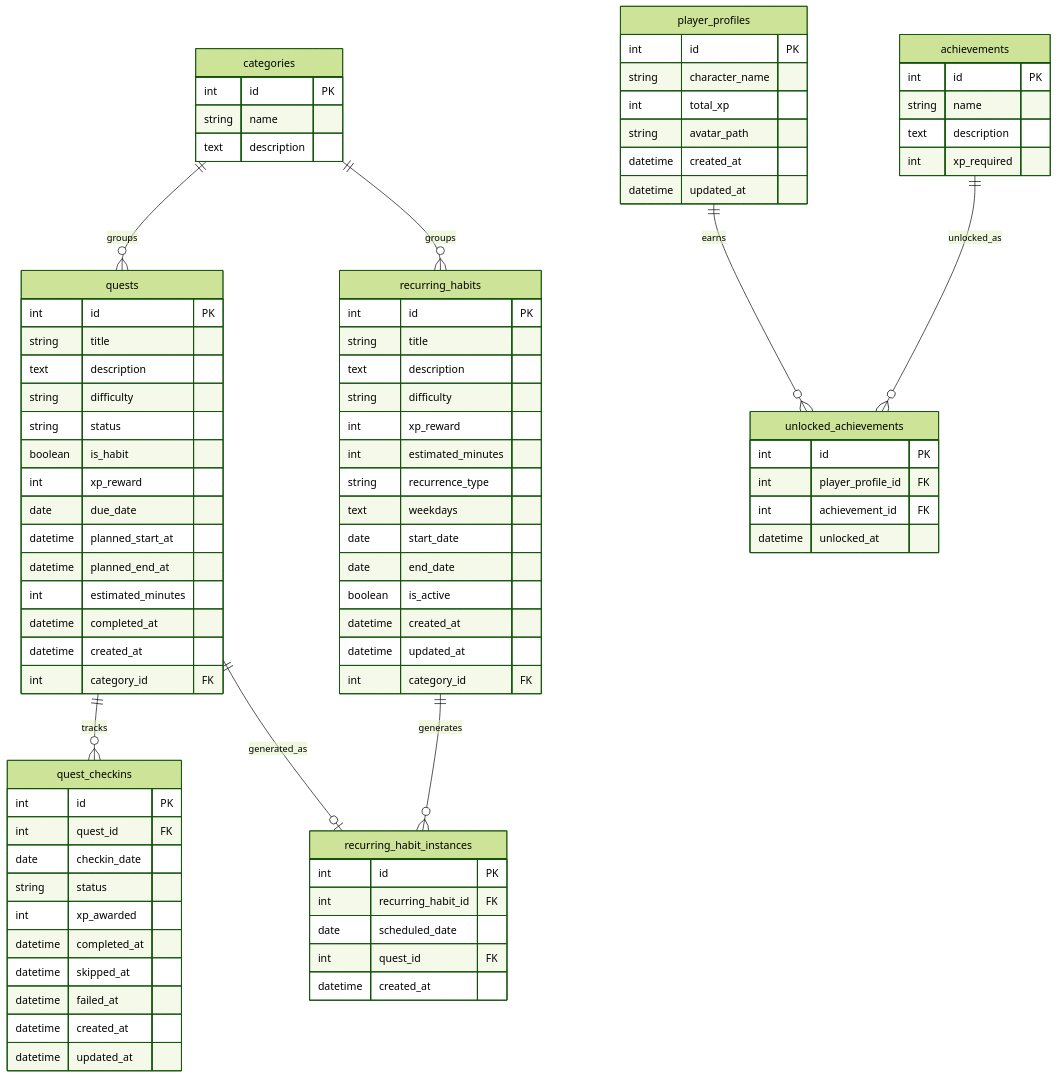
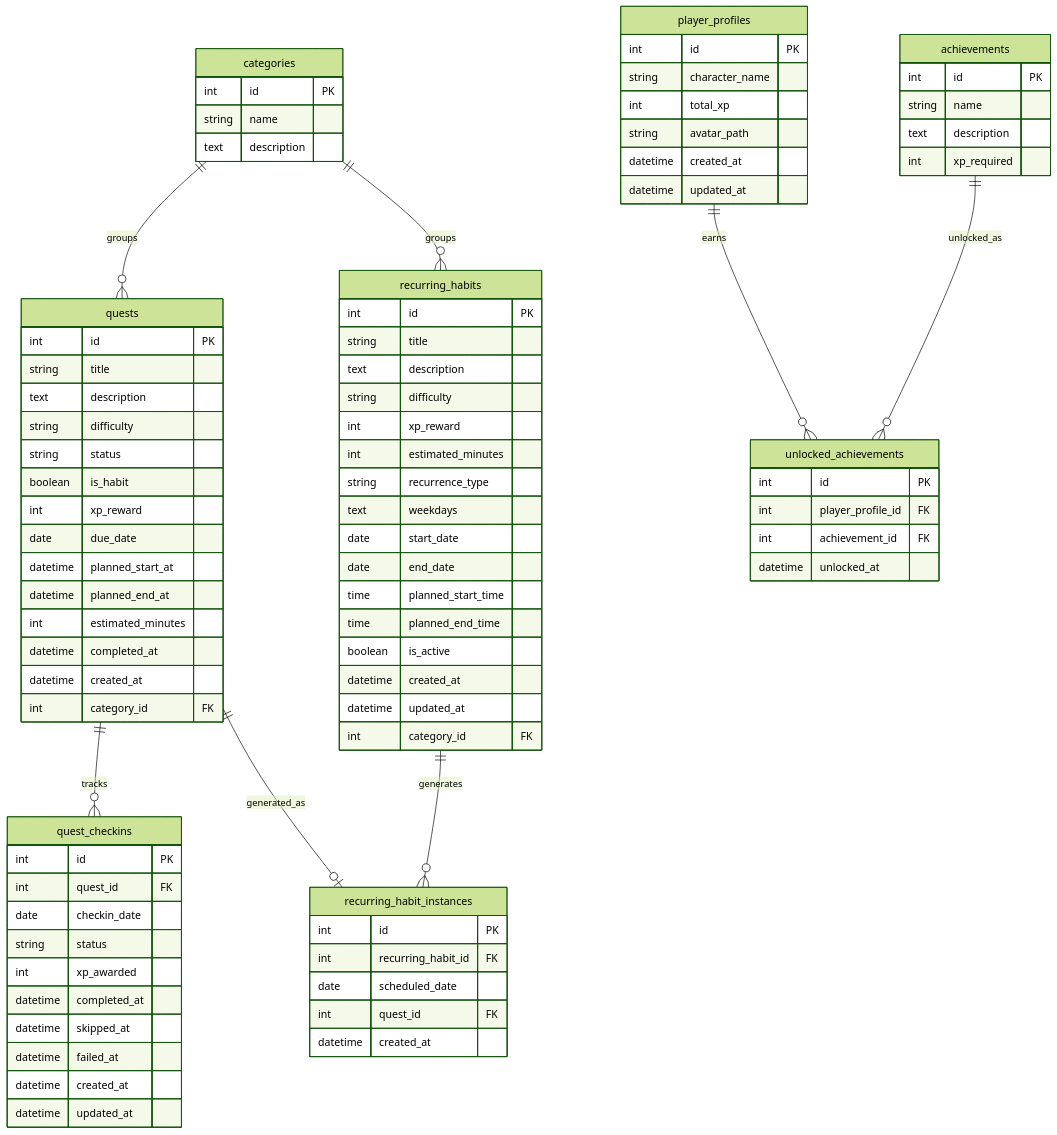
The diagram in docs/data_model.md (BaseMar/habit-quest-analytics), drawn with Mermaid (forest theme) before and after one commit. The commit also changed other lines of this file and 10 other files, not shown here.

```diff
--- a/docs/data_model.md
+++ b/docs/data_model.md
@@ -233,6 +235,8 @@
         text weekdays
         date start_date
         date end_date
+        time planned_start_time
+        time planned_end_time
         boolean is_active
         datetime created_at
         datetime updated_at
```
